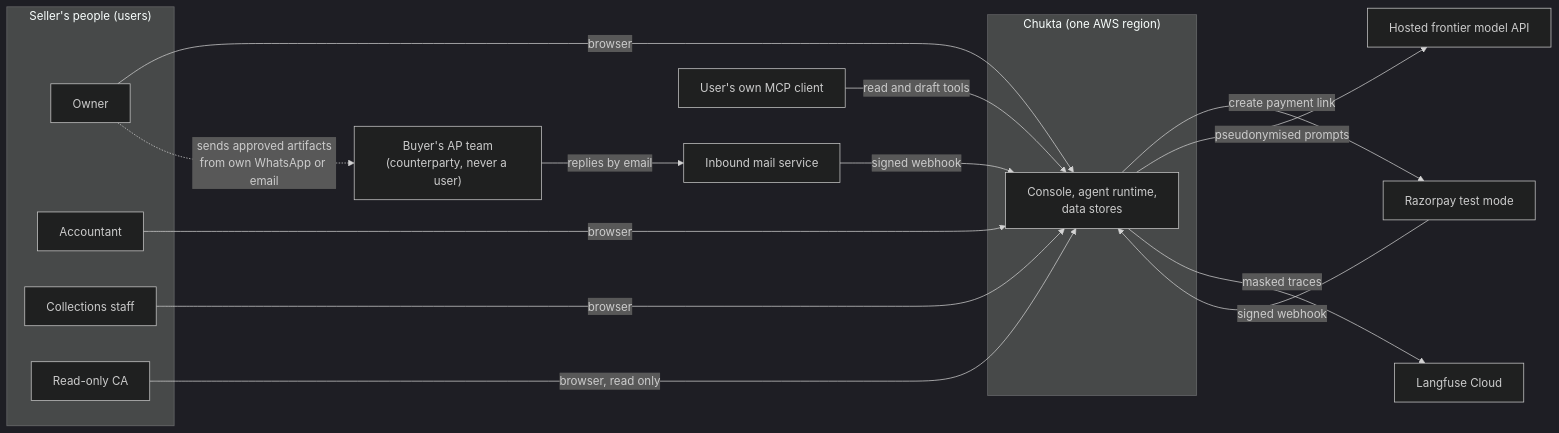
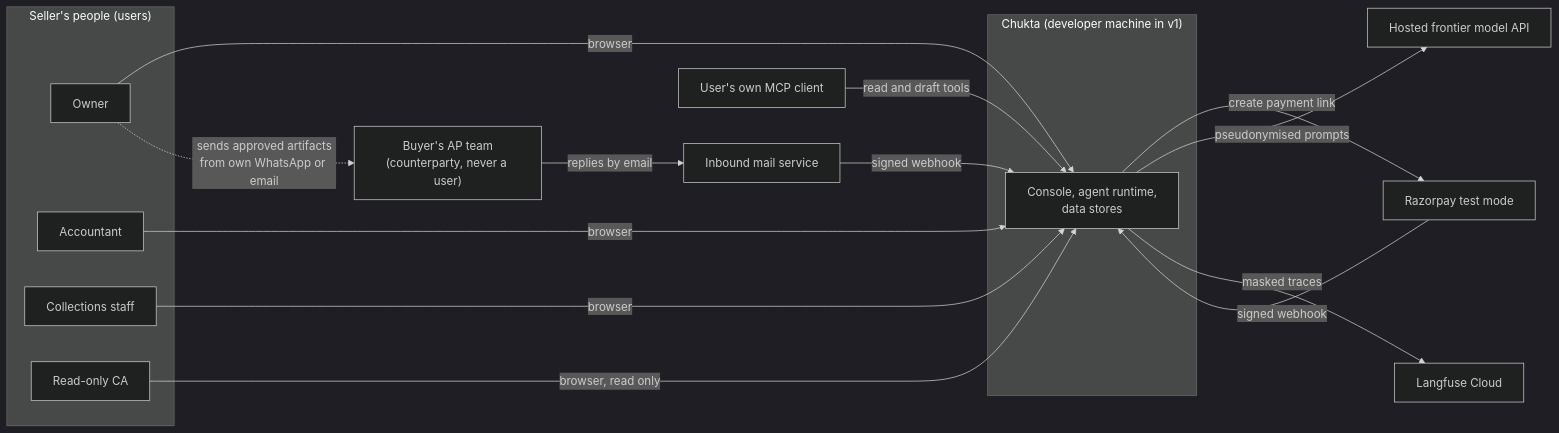
The first of 10 diagrams in docs/01-ARCHITECTURE.md (monarchsolanki/chukta), drawn with Mermaid (dark theme) before and after one commit. The commit also changed other lines of this file and 1 other file, not shown here.

First line of the commit message:
docs(architecture): apply review findings F-01 to F-05

````diff
--- a/docs/01-ARCHITECTURE.md
+++ b/docs/01-ARCHITECTURE.md
@@ -41,31 +41,31 @@
 ```mermaid
 flowchart LR
   subgraph People["Seller's people (users)"]
     OW["Owner"]
     AC["Accountant"]
     CS["Collections staff"]
     CA["Read-only CA"]
   end
-  subgraph Chukta["Chukta (one AWS region)"]
+  subgraph Chukta["Chukta (developer machine in v1)"]
     SYS["Console, agent runtime,<br/>data stores"]
   end
   BUY["Buyer's AP team<br/>(counterparty, never a user)"]
   MAIL["Inbound mail service"]
   RZP["Razorpay test mode"]
   LLM["Hosted frontier model API"]
   LF["Langfuse Cloud"]
   MCPC["User's own MCP client"]
 
   OW -->|"browser"| SYS
   AC -->|"browser"| SYS
   CS -->|"browser"| SYS
   CA -->|"browser, read only"| SYS
   BUY -->|"replies by email"| MAIL
   MAIL -->|"signed webhook"| SYS
   SYS -->|"create payment link"| RZP
   RZP -->|"signed webhook"| SYS
   SYS -->|"pseudonymised prompts"| LLM
   SYS -->|"masked traces"| LF
   MCPC -->|"read and draft tools"| SYS
   OW -.->|"sends approved artifacts<br/>from own WhatsApp or email"| BUY
 ```
````
